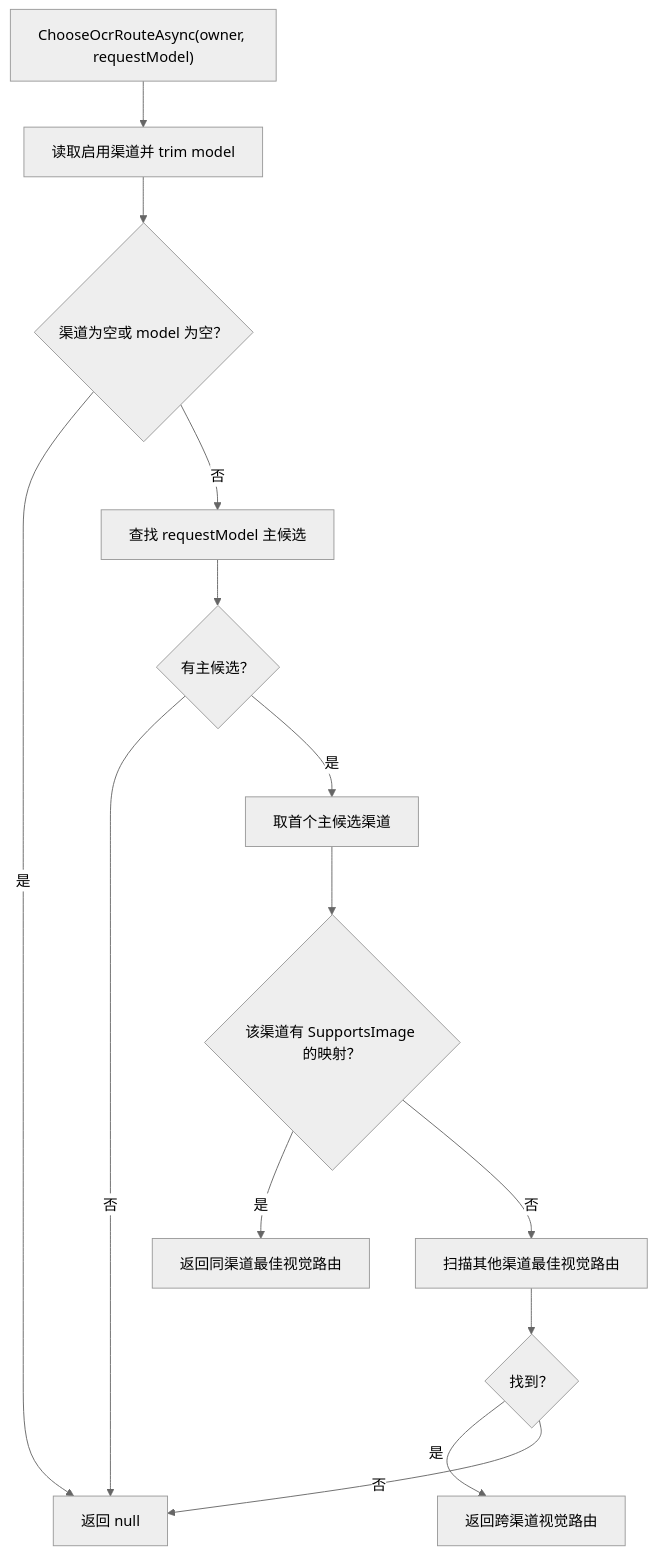
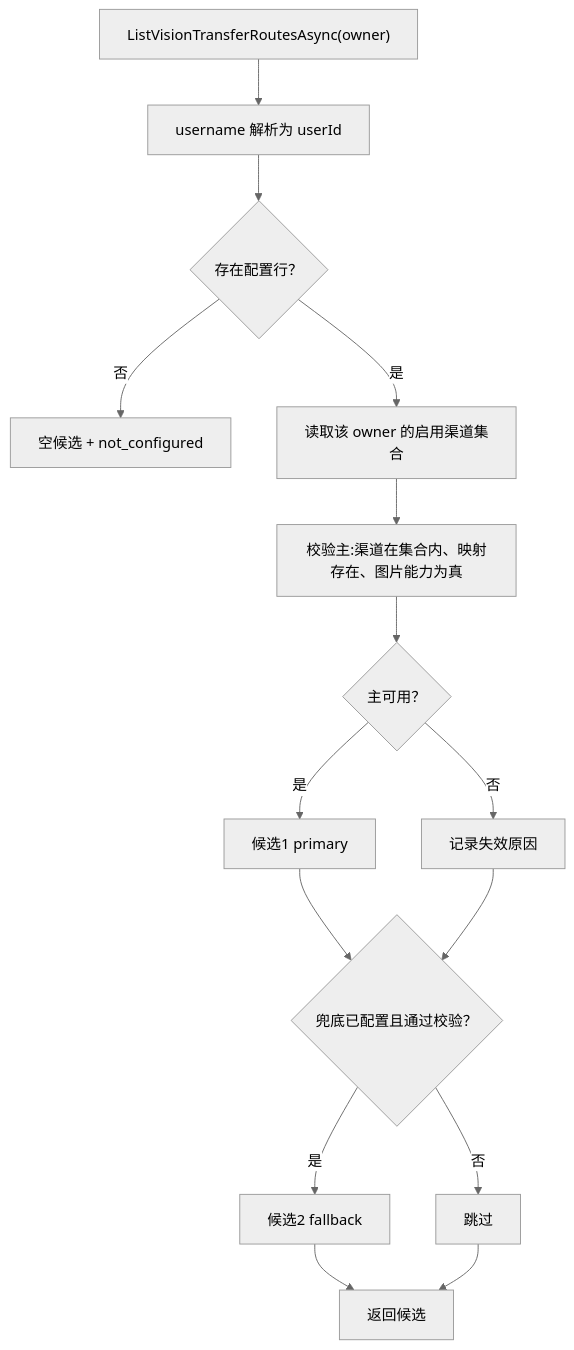
One commit to shL1481558059/OpenCodex changed the fifth of 5 diagrams in doc/proxy-conversion/03-routing/01-route-selection-and-model-mapping.md. Above: the diagram before and after it, drawn with Mermaid (neutral theme). The commit also changed other lines of this file and 41 other files, not shown here.

Commit message:
feat: 图片识别转移模型 per-owner 手动配置与兜底重试

````diff
--- a/doc/proxy-conversion/03-routing/01-route-selection-and-model-mapping.md
+++ b/doc/proxy-conversion/03-routing/01-route-selection-and-model-mapping.md
@@ -316,16 +315,17 @@
 ```mermaid
 flowchart TD
-    A["ChooseOcrRouteAsync(owner, requestModel)"] --> B["读取启用渠道并 trim model"]
-    B --> C{"渠道为空或 model 为空？"}
-    C -- "是" --> Z["返回 null"]
-    C -- "否" --> D["查找 requestModel 主候选"]
-    D --> E{"有主候选？"}
-    E -- "否" --> Z
-    E -- "是" --> F["取首个主候选渠道"]
-    F --> G{"该渠道有 SupportsImage 的映射？"}
-    G -- "是" --> H["返回同渠道最佳视觉路由"]
-    G -- "否" --> I["扫描其他渠道最佳视觉路由"]
-    I --> J{"找到？"}
-    J -- "是" --> K["返回跨渠道视觉路由"]
-    J -- "否" --> Z
+    A["ListVisionTransferRoutesAsync(owner)"] --> B["username 解析为 userId"]
+    B --> C{"存在配置行？"}
+    C -- "否" --> Z["空候选 + not_configured"]
+    C -- "是" --> D["读取该 owner 的启用渠道集合"]
+    D --> E["校验主:渠道在集合内、映射存在、图片能力为真"]
+    E --> F{"主可用？"}
+    F -- "是" --> G["候选1 primary"]
+    F -- "否" --> H["记录失效原因"]
+    G --> I{"兜底已配置且通过校验？"}
+    H --> I
+    I -- "是" --> J["候选2 fallback"]
+    I -- "否" --> K["跳过"]
+    J --> L["返回候选"]
+    K --> L
 ```
````
